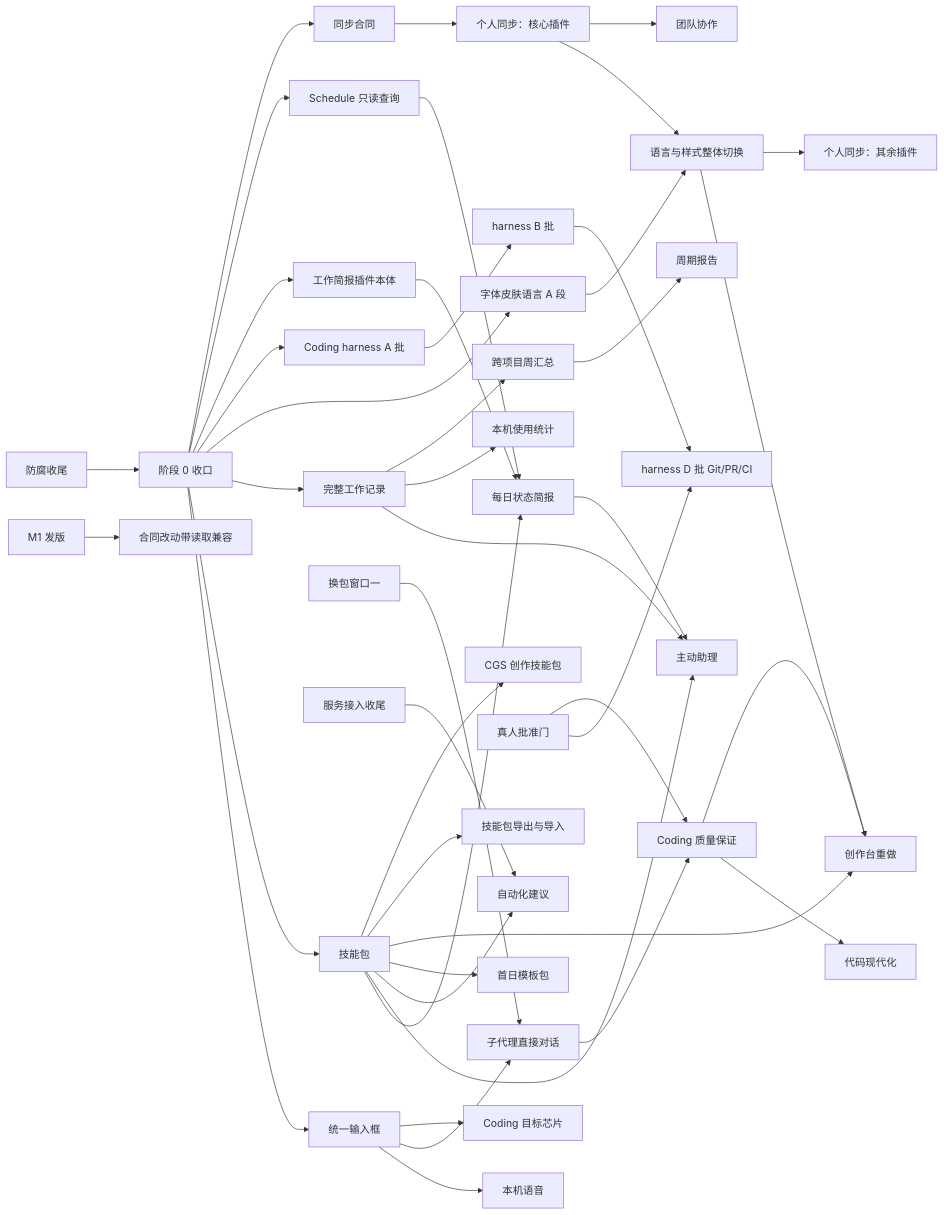
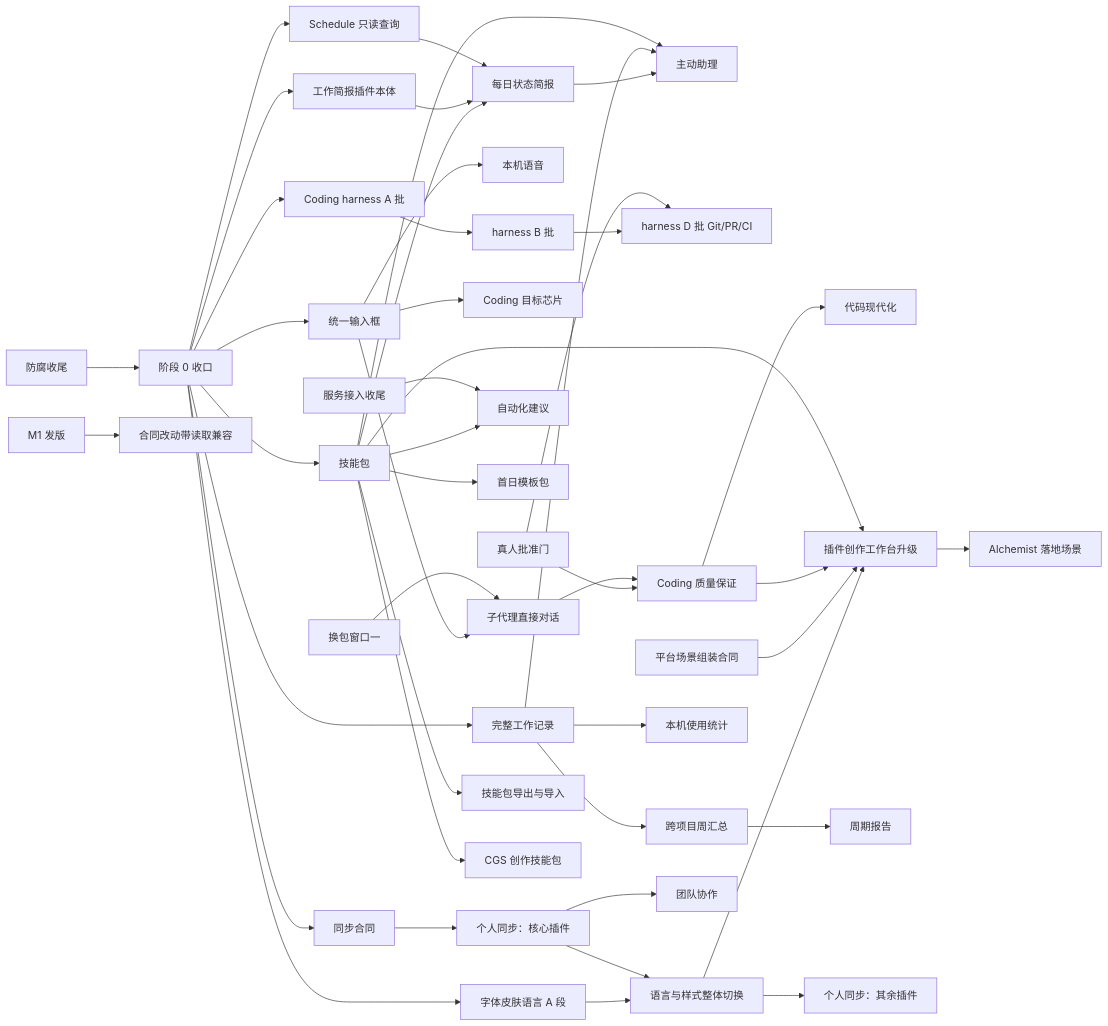
The diagram in specs/post-anticorruption-roadmap/spec.md (molis-ai/molis-work), drawn with Mermaid before and after one commit. The commit also changed other lines of this file and 8 other files, not shown here.

````diff
--- a/specs/post-anticorruption-roadmap/spec.md
+++ b/specs/post-anticorruption-roadmap/spec.md
@@ -181,45 +182,47 @@
 ```mermaid
 flowchart LR
   AC[防腐收尾] --> S0[阶段 0 收口]
   S0 --> IN[统一输入框]
   S0 --> SP[技能包]
   S0 --> WR[完整工作记录]
   S0 --> FA[字体皮肤语言 A 段]
   S0 --> HA[Coding harness A 批]
   S0 --> WB[工作简报插件本体]
   S0 --> SQ[Schedule 只读查询]
   IN --> VO[本机语音]
   IN --> SUB[子代理直接对话]
   IN --> CHIP[Coding 目标芯片]
   SP --> DB[每日状态简报]
   WB --> DB
   SQ --> DB
   DB --> PA[主动助理]
   WR --> PA
   SP --> PA
   SP --> AR[自动化建议]
   SP --> TP[首日模板包]
   HA --> HB[harness B 批]
   HB --> HD[harness D 批 Git/PR/CI]
   AP[真人批准门] --> HD
   AP --> QA[Coding 质量保证]
   SUB --> QA
   QA --> MOD[代码现代化]
   W1[换包窗口一] --> SUB
   FA --> FC[语言与样式整体切换]
-  FC --> PB[创作台重做]
+  FC --> PB[插件创作工作台升级]
+  PC[平台场景组装合同] --> PB
+  PB --> AL[Alchemist 落地场景]
   QA --> PB
   SP --> PB
   ASC[服务接入收尾] --> AR
   WR --> ST[本机使用统计]
   WR --> XP[跨项目周汇总]
   XP --> PR[周期报告]
   S0 --> SC[同步合同]
   SC --> SY[个人同步：核心插件]
   SY --> FC
   FC --> SY2[个人同步：其余插件]
   SY --> TEAM[团队协作]
   SP --> SH[技能包导出与导入]
   SP --> CGS[CGS 创作技能包]
   M1[M1 发版] --> COMPAT[合同改动带读取兼容]
 ```
````
